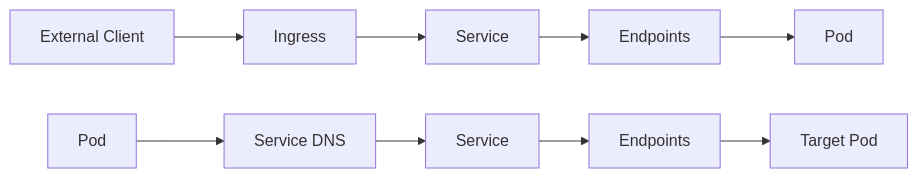
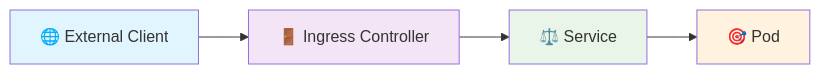
One commit to mvonk-unframed/unframed-devobservability changed the diagram in deel2/05-network-debugging/intro.md. Above: the diagram before and after it, drawn with Mermaid. The commit also changed other lines of this file and 13 other files, not shown here.

````diff
--- a/deel2/05-network-debugging/intro.md
+++ b/deel2/05-network-debugging/intro.md
@@ -64,12 +36,11 @@
 ```mermaid
 graph LR
-    A[External Client] --> B[Ingress]
-    B --> C[Service]
-    C --> D[Endpoints]
-    D --> E[Pod]
+    A[🌐 External Client] --> B[🚪 Ingress Controller]
+    B --> C[⚖️ Service]
+    C --> D[🎯 Pod]
     
-    F[Pod] --> G[Service DNS]
-    G --> H[Service]
-    H --> I[Endpoints]
-    I --> J[Target Pod]
+    style A fill:#e1f5fe
+    style B fill:#f3e5f5
+    style C fill:#e8f5e8
+    style D fill:#fff3e0
 ```
````
